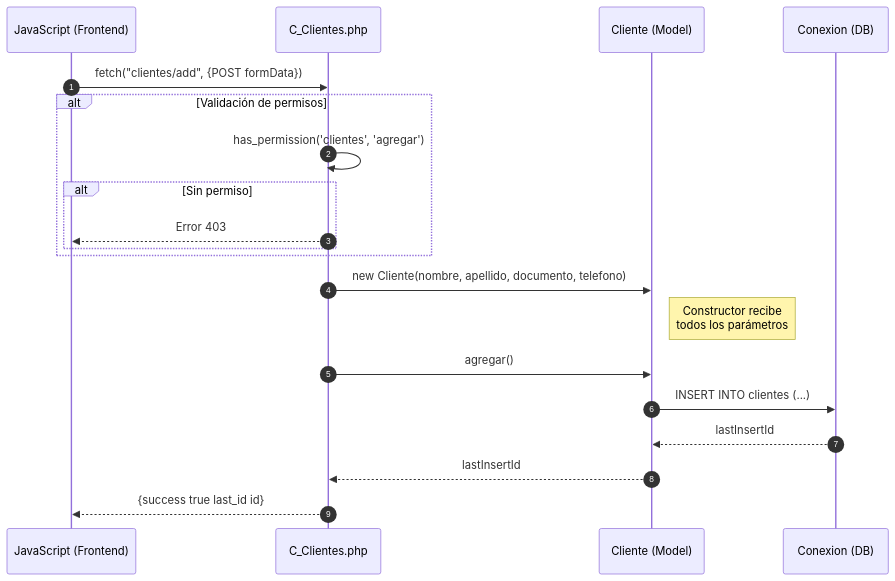
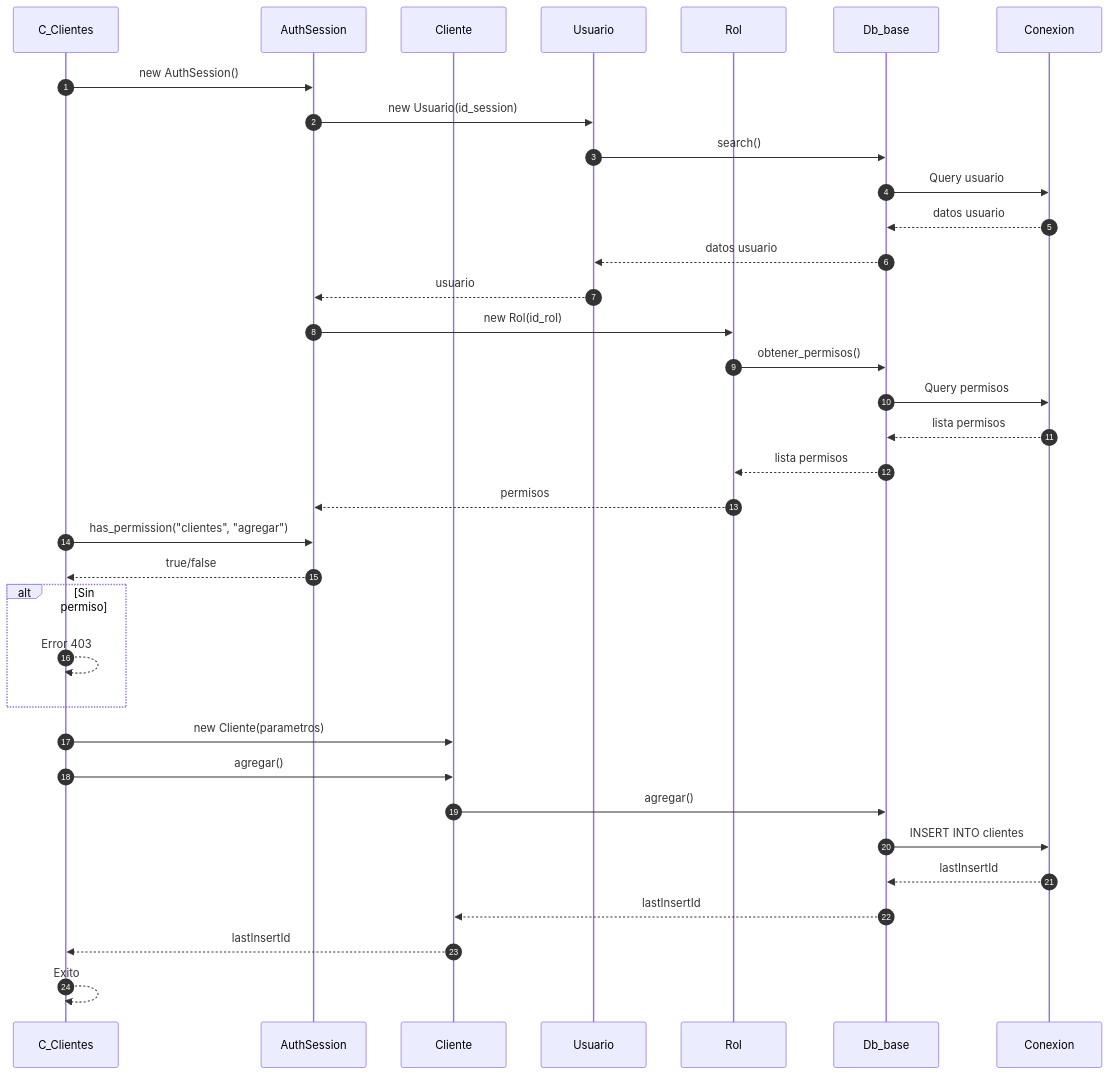
The first of 5 diagrams in docs/secuencia/clientes/clientes.md (Tecrato/BurgerHouse), drawn with Mermaid before and after one commit. The commit also changed other lines of this file and 13 other files, not shown here.

First line of the commit message:
diagramas actualizaos

````diff
--- a/docs/secuencia/clientes/clientes.md
+++ b/docs/secuencia/clientes/clientes.md
@@ -5,27 +5,43 @@
 ```mermaid
 sequenceDiagram
     autonumber
-    participant JS as JavaScript (Frontend)
-    participant C_Clientes as C_Clientes.php
-    participant Cliente as Cliente (Model)
-    participant DB as Conexion (DB)
+    participant C_Clientes as C_Clientes
+    participant AuthSession as AuthSession
+    participant Cliente as Cliente
+    participant Usuario as Usuario
+    participant Rol as Rol
+    participant Db_base as Db_base
+    participant Conexion as Conexion
     
-    JS->>C_Clientes: fetch("clientes/add", {POST formData})
+    C_Clientes->>AuthSession: new AuthSession()
+    AuthSession->>Usuario: new Usuario(id_session)
+    Usuario->>Db_base: search()
+    Db_base->>Conexion: Query usuario
+    Conexion-->>Db_base: datos usuario
+    Db_base-->>Usuario: datos usuario
+    Usuario-->>AuthSession: usuario
     
-    alt Validación de permisos
-        C_Clientes->>C_Clientes: has_permission('clientes', 'agregar')
-        alt Sin permiso
-            C_Clientes-->>JS: Error 403
-        end
+    AuthSession->>Rol: new Rol(id_rol)
+    Rol->>Db_base: obtener_permisos()
+    Db_base->>Conexion: Query permisos
+    Conexion-->>Db_base: lista permisos
+    Db_base-->>Rol: lista permisos
+    Rol-->>AuthSession: permisos
+    
+    C_Clientes->>AuthSession: has_permission("clientes", "agregar")
+    AuthSession-->>C_Clientes: true/false
+    
+    alt Sin permiso
+        C_Clientes-->>C_Clientes: Error 403
     end
     
-    C_Clientes->>Cliente: new Cliente(nombre, apellido, documento, telefono)
-    Note right of Cliente: Constructor recibe<br/>todos los parámetros
-    
+    C_Clientes->>Cliente: new Cliente(parametros)
     C_Clientes->>Cliente: agregar()
-    Cliente->>DB: INSERT INTO clientes (...)
-    DB-->>Cliente: lastInsertId
+    Cliente->>Db_base: agregar()
+    Db_base->>Conexion: INSERT INTO clientes
+    Conexion-->>Db_base: lastInsertId
+    Db_base-->>Cliente: lastInsertId
     Cliente-->>C_Clientes: lastInsertId
     
-    C_Clientes-->>JS: {success true last_id id}
+    C_Clientes-->>C_Clientes: Exito
 ```
````
